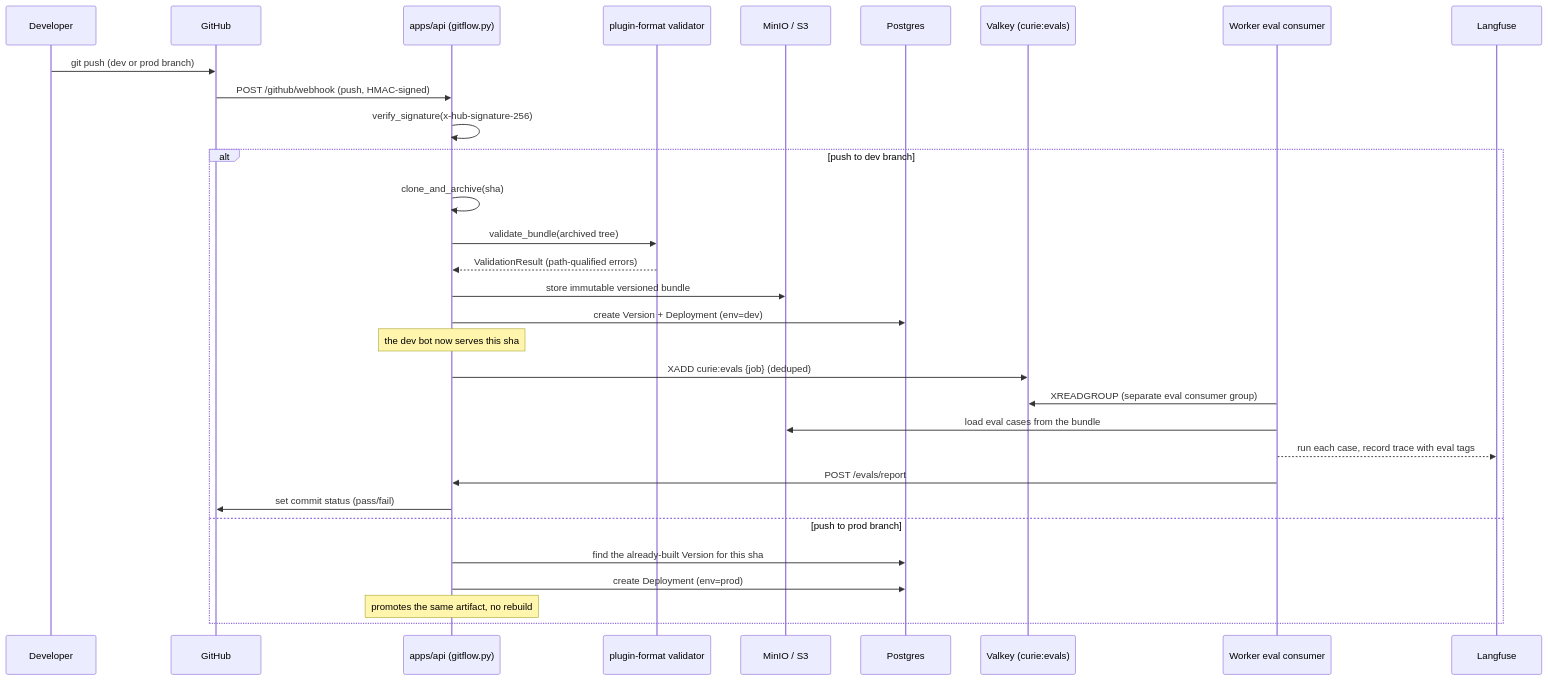
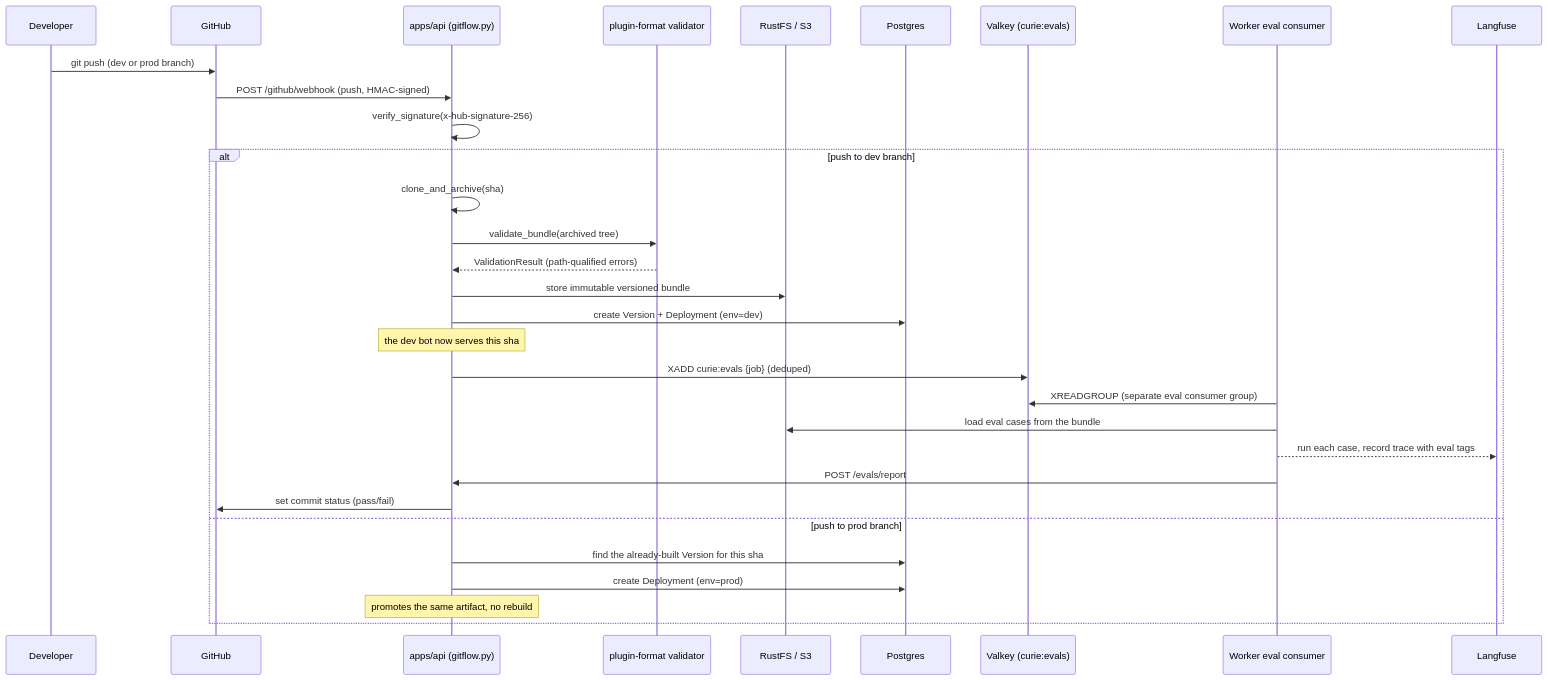
One commit to curie-eng/agentos changed the third of 3 diagrams in ARCHITECTURE.md. Above: the diagram before and after it, drawn with Mermaid. The commit also changed other lines of this file and 52 other files, not shown here.

First line of the commit message:
Replace MinIO with RustFS

````diff
--- a/ARCHITECTURE.md
+++ b/ARCHITECTURE.md
@@ -293,34 +293,34 @@
 ```mermaid
 sequenceDiagram
     participant Dev as Developer
     participant GH as GitHub
     participant API as apps/api (gitflow.py)
     participant PF as plugin-format validator
-    participant S3 as MinIO / S3
+    participant S3 as RustFS / S3
     participant PG as Postgres
     participant V as Valkey (curie:evals)
     participant W as Worker eval consumer
     participant LF as Langfuse
 
     Dev->>GH: git push (dev or prod branch)
     GH->>API: POST /github/webhook (push, HMAC-signed)
     API->>API: verify_signature(x-hub-signature-256)
     alt push to dev branch
         API->>API: clone_and_archive(sha)
         API->>PF: validate_bundle(archived tree)
         PF-->>API: ValidationResult (path-qualified errors)
         API->>S3: store immutable versioned bundle
         API->>PG: create Version + Deployment (env=dev)
         Note over API: the dev bot now serves this sha
         API->>V: XADD curie:evals {job} (deduped)
         W->>V: XREADGROUP (separate eval consumer group)
         W->>S3: load eval cases from the bundle
         W-->>LF: run each case, record trace with eval tags
         W->>API: POST /evals/report
         API->>GH: set commit status (pass/fail)
     else push to prod branch
         API->>PG: find the already-built Version for this sha
         API->>PG: create Deployment (env=prod)
         Note over API: promotes the same artifact, no rebuild
     end
 ```
````
